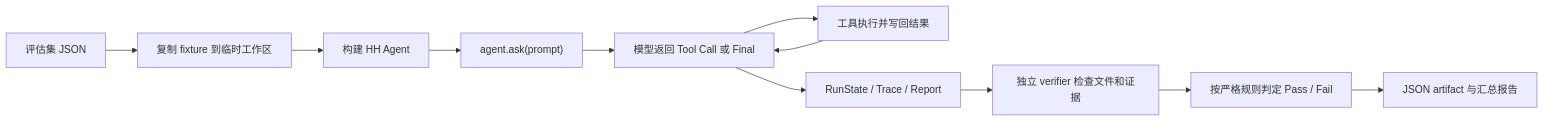
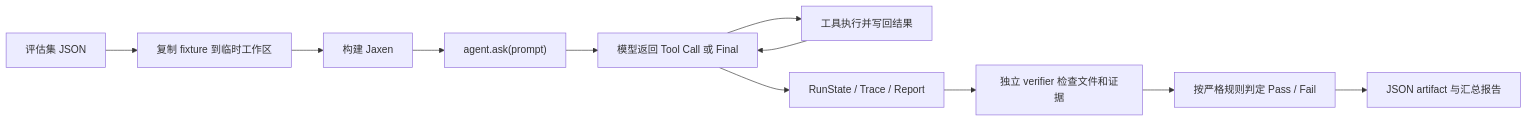
Before and after one commit to zeus040808/Jaxen-Code: the diagram in docs/learning/evaluation-guide.md, drawn with Mermaid. The commit also changed other lines of this file and 289 other files, not shown here.

````diff
--- a/docs/learning/evaluation-guide.md
+++ b/docs/learning/evaluation-guide.md
@@ -55,13 +55,13 @@
 ```mermaid
 flowchart LR
     A["评估集 JSON"] --> B["复制 fixture 到临时工作区"]
-    B --> C["构建 HH Agent"]
+    B --> C["构建 Jaxen"]
     C --> D["agent.ask(prompt)"]
     D --> E["模型返回 Tool Call 或 Final"]
     E --> F["工具执行并写回结果"]
     F --> E
     E --> G["RunState / Trace / Report"]
     G --> H["独立 verifier 检查文件和证据"]
     H --> I["按严格规则判定 Pass / Fail"]
     I --> J["JSON artifact 与汇总报告"]
 ```
````
